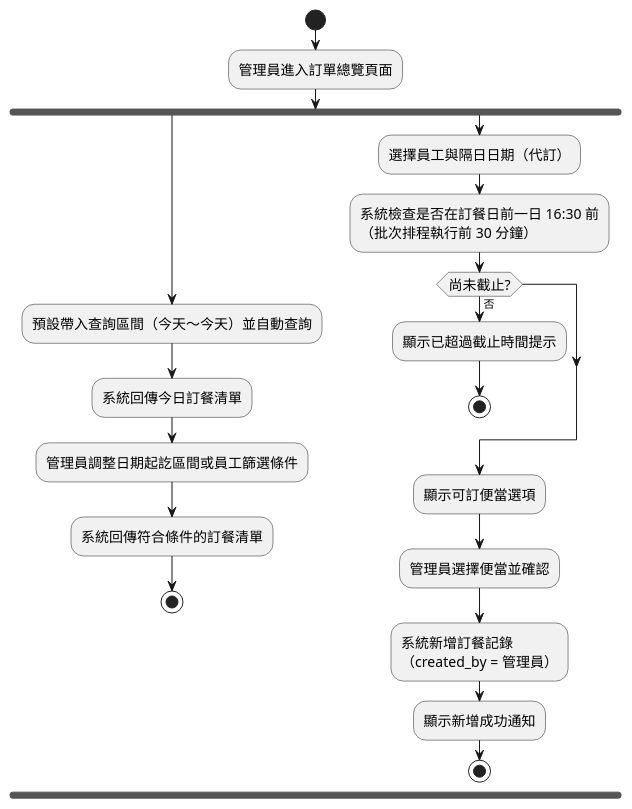
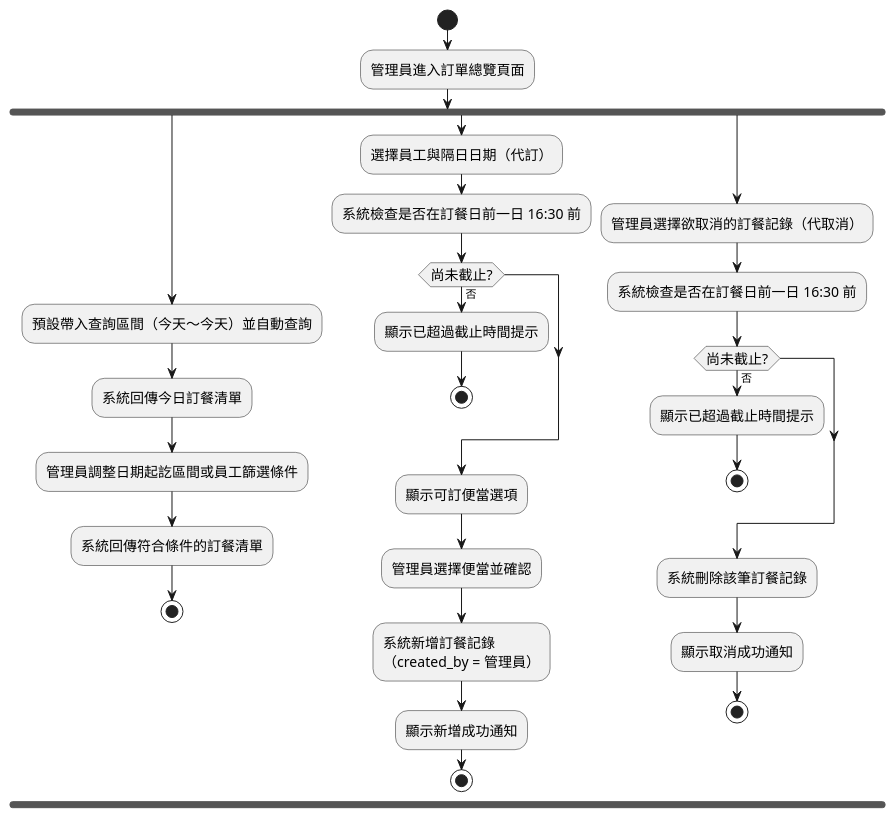
One commit to teyhawzhe/bento-uml changed the diagram in output/A006/A006-activity.puml. Above: the diagram before and after it, drawn with PlantUML. The commit also changed 3 other files, not shown here.

```diff
--- a/output/A006/A006-activity.puml
+++ b/output/A006/A006-activity.puml
@@ -1,30 +1,43 @@
 @startuml A006-activity
 skinparam activityFontSize 14
 start
 
 :管理員進入訂單總覽頁面;
 
 fork
     :預設帶入查詢區間（今天～今天）並自動查詢;
     :系統回傳今日訂餐清單;
     :管理員調整日期起訖區間或員工篩選條件;
     :系統回傳符合條件的訂餐清單;
     stop
 
 fork again
     :選擇員工與隔日日期（代訂）;
-    :系統檢查是否在訂餐日前一日 16:30 前\n（批次排程執行前 30 分鐘）;
+    :系統檢查是否在訂餐日前一日 16:30 前;
 
     if (尚未截止?) then (否)
         :顯示已超過截止時間提示;
         stop
     endif
 
     :顯示可訂便當選項;
     :管理員選擇便當並確認;
     :系統新增訂餐記錄\n（created_by = 管理員）;
     :顯示新增成功通知;
     stop
 
+fork again
+    :管理員選擇欲取消的訂餐記錄（代取消）;
+    :系統檢查是否在訂餐日前一日 16:30 前;
+
+    if (尚未截止?) then (否)
+        :顯示已超過截止時間提示;
+        stop
+    endif
+
+    :系統刪除該筆訂餐記錄;
+    :顯示取消成功通知;
+    stop
+
 end fork
 @enduml
```
